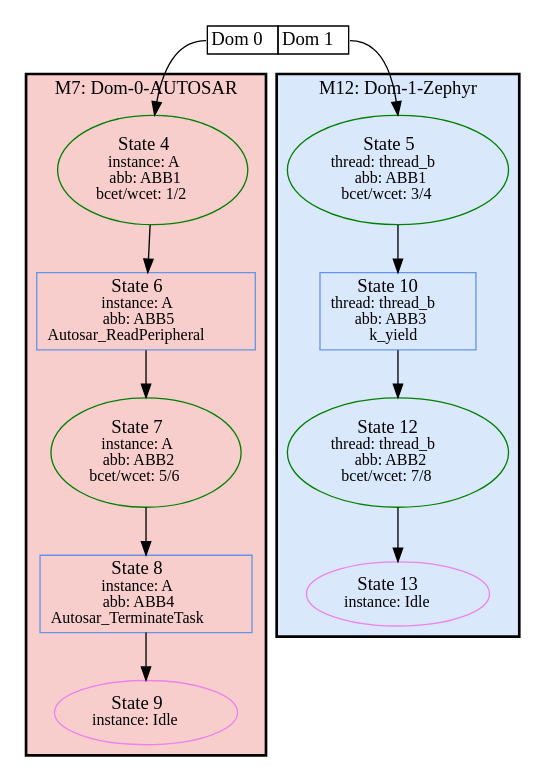
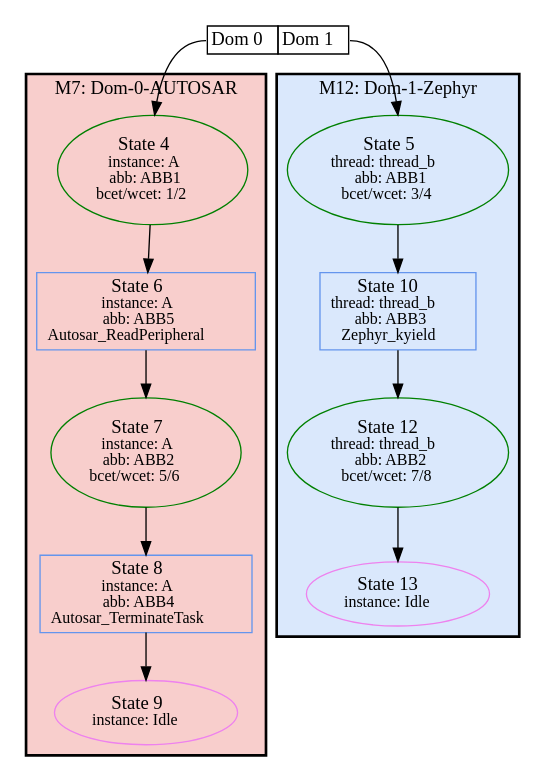
Before and after one commit to luhsra/ara: the diagram in appl/Xen/min-az/HyperSSE.min-az.hstg.dot, drawn with Graphviz. The commit also changed 119 other files, not shown here.

```diff
--- a/appl/Xen/min-az/HyperSSE.min-az.hstg.dot
+++ b/appl/Xen/min-az/HyperSSE.min-az.hstg.dot
@@ -1,34 +1,34 @@
 digraph G {
 label="";
 1 [label=<<TABLE BORDER="0" CELLBORDER="1" CELLSPACING="0"><TR><TD PORT="c0">Dom 0</TD><TD PORT="c1">Dom 1</TD></TR></TABLE>>, shape=plaintext, tooltip=1];
 subgraph cluster_7 {
 bgcolor="#F8CECC";
 label="M7: Dom-0-AUTOSAR";
 style=bold;
 2 [color=green, fontsize=14, label=<State 4<br/><font point-size='12'>instance: A<br/>abb: ABB1<br/>bcet/wcet: 1/2</font>>, style=solid, tooltip=2];
 3 [color=cornflowerblue, fontsize=14, label=<State 6<br/><font point-size='12'>instance: A<br/>abb: ABB5<br/>Autosar_ReadPeripheral</font>>, shape=box, tooltip=3];
 4 [color=green, fontsize=14, label=<State 7<br/><font point-size='12'>instance: A<br/>abb: ABB2<br/>bcet/wcet: 5/6</font>>, style=solid, tooltip=4];
 5 [color=cornflowerblue, fontsize=14, label=<State 8<br/><font point-size='12'>instance: A<br/>abb: ABB4<br/>Autosar_TerminateTask</font>>, shape=box, tooltip=5];
 6 [color=violet, fontsize=14, label=<State 9<br/><font point-size='12'>instance: Idle</font>>, style=solid, tooltip=6];
 }
 
 subgraph cluster_12 {
 bgcolor="#DAE8FC";
 label="M12: Dom-1-Zephyr";
 style=bold;
 8 [color=green, fontsize=14, label=<State 5<br/><font point-size='12'>thread: thread_b<br/>abb: ABB1<br/>bcet/wcet: 3/4</font>>, style=solid, tooltip=8];
-9 [color=cornflowerblue, fontsize=14, label=<State 10<br/><font point-size='12'>thread: thread_b<br/>abb: ABB3<br/>k_yield</font>>, shape=box, tooltip=9];
+9 [color=cornflowerblue, fontsize=14, label=<State 10<br/><font point-size='12'>thread: thread_b<br/>abb: ABB3<br/>Zephyr_kyield</font>>, shape=box, tooltip=9];
 10 [color=green, fontsize=14, label=<State 12<br/><font point-size='12'>thread: thread_b<br/>abb: ABB2<br/>bcet/wcet: 7/8</font>>, style=solid, tooltip=10];
 11 [color=violet, fontsize=14, label=<State 13<br/><font point-size='12'>instance: Idle</font>>, style=solid, tooltip=11];
 }
 
 1:c0 -> 2  [color=black];
 1:c1 -> 8  [color=black];
 2 -> 3  [color=black];
 3 -> 4  [color=black];
 4 -> 5  [color=black];
 5 -> 6  [color=black];
 8 -> 9  [color=black];
 9 -> 10  [color=black];
 10 -> 11  [color=black];
 }
```
